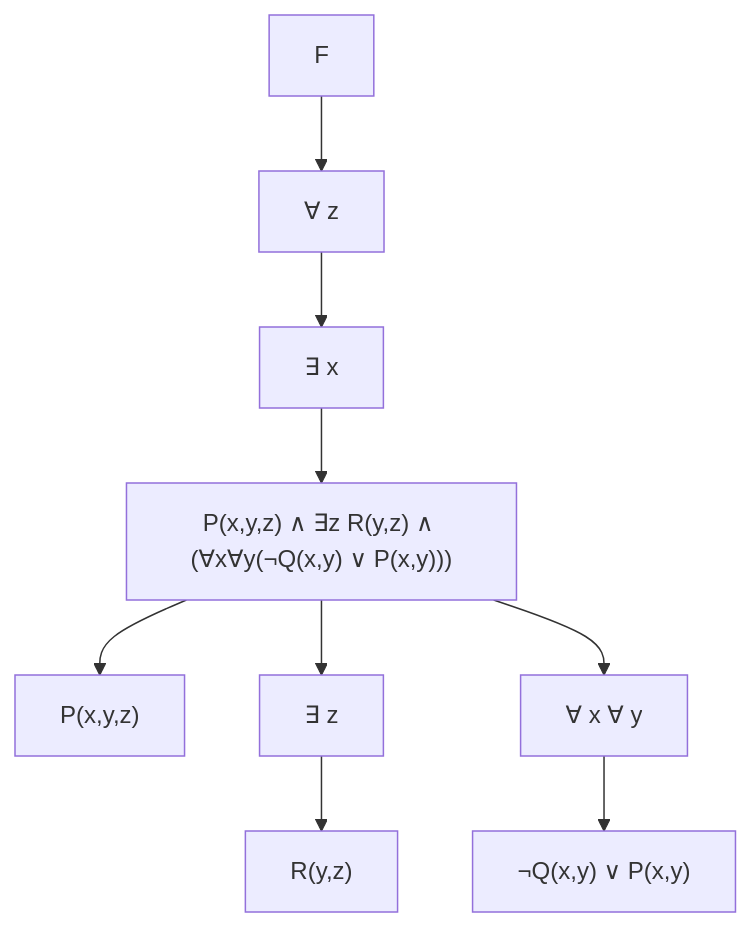
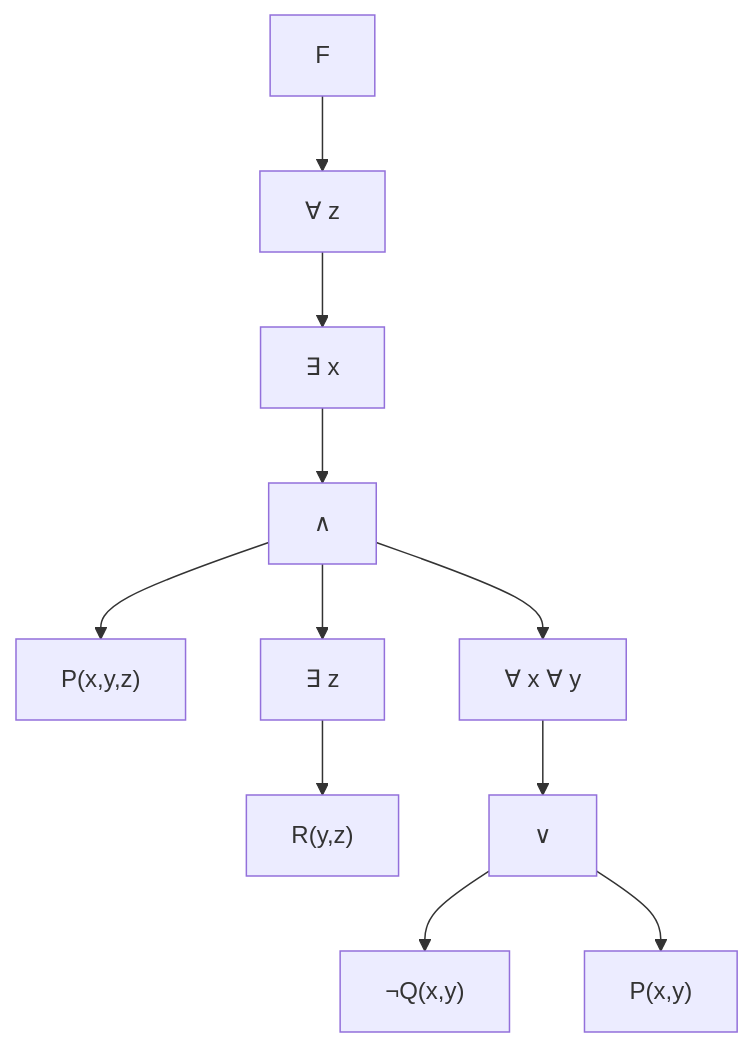
One commit to sweeden-ttu/profile changed the diagram in _assignments/logic-for-computer-scientists/logic-homework3-solutions.md. Above: the diagram before and after it, drawn with Mermaid. The commit also changed other lines of this file and 29 other files, not shown here.

````diff
--- a/_assignments/logic-for-computer-scientists/logic-homework3-solutions.md
+++ b/_assignments/logic-for-computer-scientists/logic-homework3-solutions.md
@@ -29,12 +36,13 @@
 ```mermaid
 graph TD
   F["F"] --> Qz["∀ z"]
   Qz --> Qx["∃ x"]
-  Qx --> Conj["P(x,y,z) ∧ ∃z R(y,z) ∧ (∀x∀y(¬Q(x,y) ∨ P(x,y)))"]
-
+  Qx --> Conj["∧"]
   Conj --> Pxyz["P(x,y,z)"]
   Conj --> Ez["∃ z"]
   Ez --> Ryz["R(y,z)"]
   Conj --> AxAy["∀ x ∀ y"]
-  AxAy --> Inner["¬Q(x,y) ∨ P(x,y)"]
+  AxAy --> Inner["∨"]
+  Inner --> NotQ["¬Q(x,y)"]
+  Inner --> Pxy["P(x,y)"]
 ```
````
